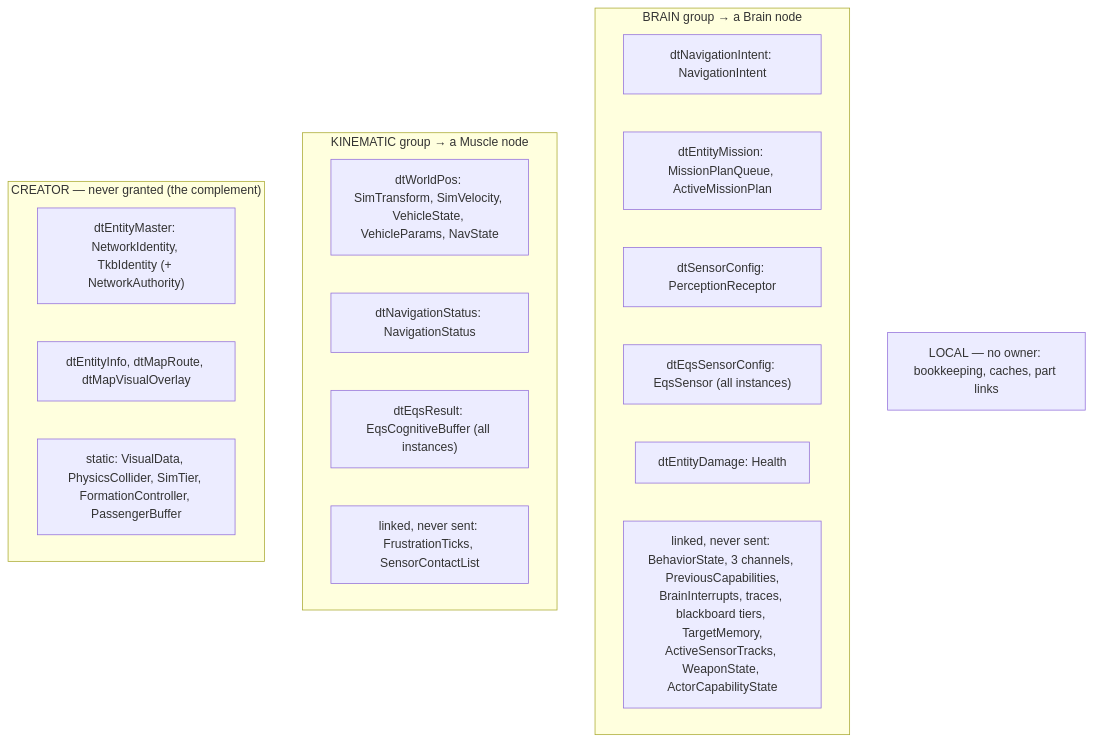
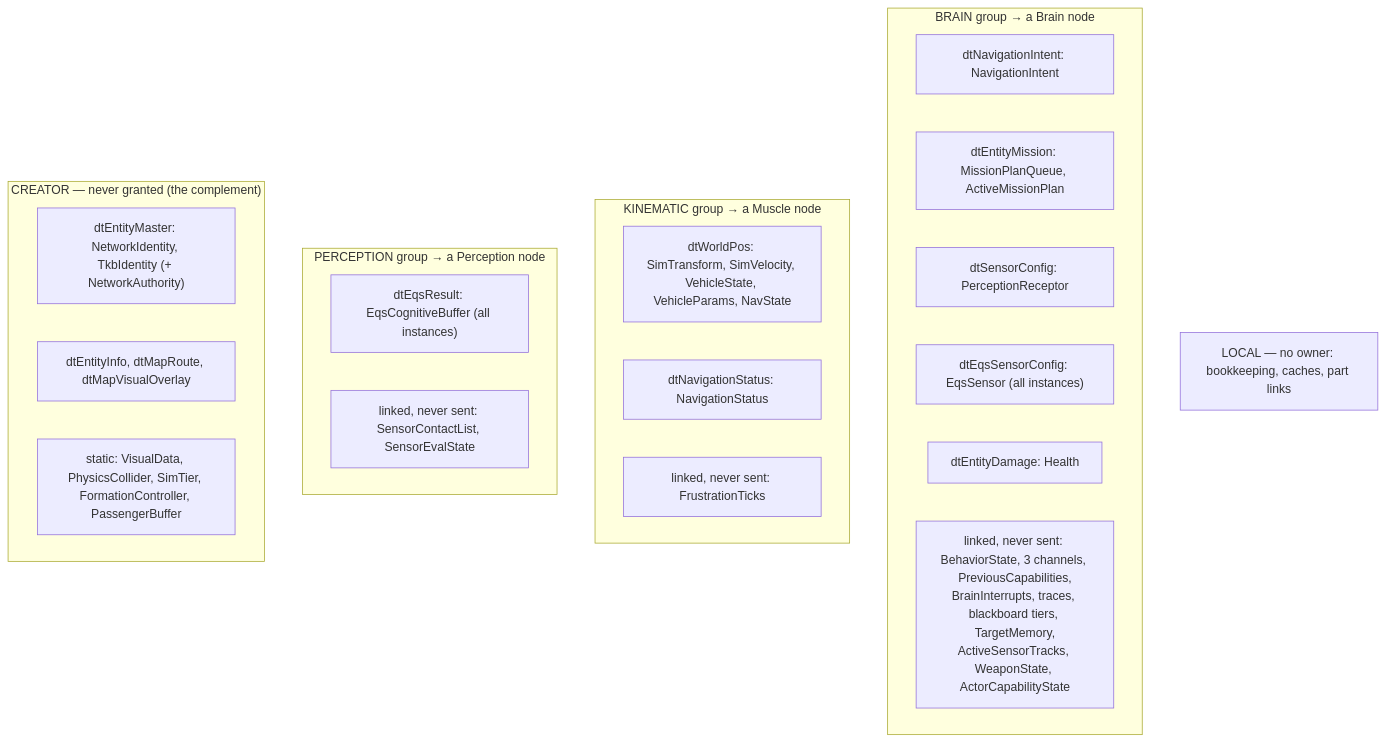
Before and after one commit to pjanec/HROT: the diagram in docs/DESIGN_Ownership_Groups_And_Grants.md, drawn with Mermaid. The commit also changed other lines of this file and 2 other files, not shown here.

First line of the commit message:
docs: R-171 — PERCEPTION ownership group (EqsResult, SensorContactList, SensorEvalState); damage and perception intents stay in BRAIN

````diff
--- a/docs/DESIGN_Ownership_Groups_And_Grants.md
+++ b/docs/DESIGN_Ownership_Groups_And_Grants.md
@@ -101,23 +109,26 @@
 ```mermaid
 graph TD
   subgraph BRAIN["BRAIN group → a Brain node"]
     B1["dtNavigationIntent: NavigationIntent"]
     B2["dtEntityMission: MissionPlanQueue, ActiveMissionPlan"]
     B3["dtSensorConfig: PerceptionReceptor"]
     B4["dtEqsSensorConfig: EqsSensor (all instances)"]
     B5["dtEntityDamage: Health"]
     BL["linked, never sent: BehaviorState, 3 channels, PreviousCapabilities,<br/>BrainInterrupts, traces, blackboard tiers, TargetMemory,<br/>ActiveSensorTracks, WeaponState, ActorCapabilityState"]
   end
   subgraph KIN["KINEMATIC group → a Muscle node"]
     K1["dtWorldPos: SimTransform, SimVelocity, VehicleState, VehicleParams, NavState"]
     K2["dtNavigationStatus: NavigationStatus"]
-    K3["dtEqsResult: EqsCognitiveBuffer (all instances)"]
-    KL["linked, never sent: FrustrationTicks, SensorContactList"]
+    KL["linked, never sent: FrustrationTicks"]
+  end
+  subgraph PER["PERCEPTION group → a Perception node"]
+    P1["dtEqsResult: EqsCognitiveBuffer (all instances)"]
+    PL["linked, never sent: SensorContactList, SensorEvalState"]
   end
   subgraph CRE["CREATOR — never granted (the complement)"]
     C1["dtEntityMaster: NetworkIdentity, TkbIdentity (+ NetworkAuthority)"]
     C2["dtEntityInfo, dtMapRoute, dtMapVisualOverlay"]
     C3["static: VisualData, PhysicsCollider, SimTier, FormationController, PassengerBuffer"]
   end
   LOC["LOCAL — no owner: bookkeeping, caches, part links"]
 ```
````
